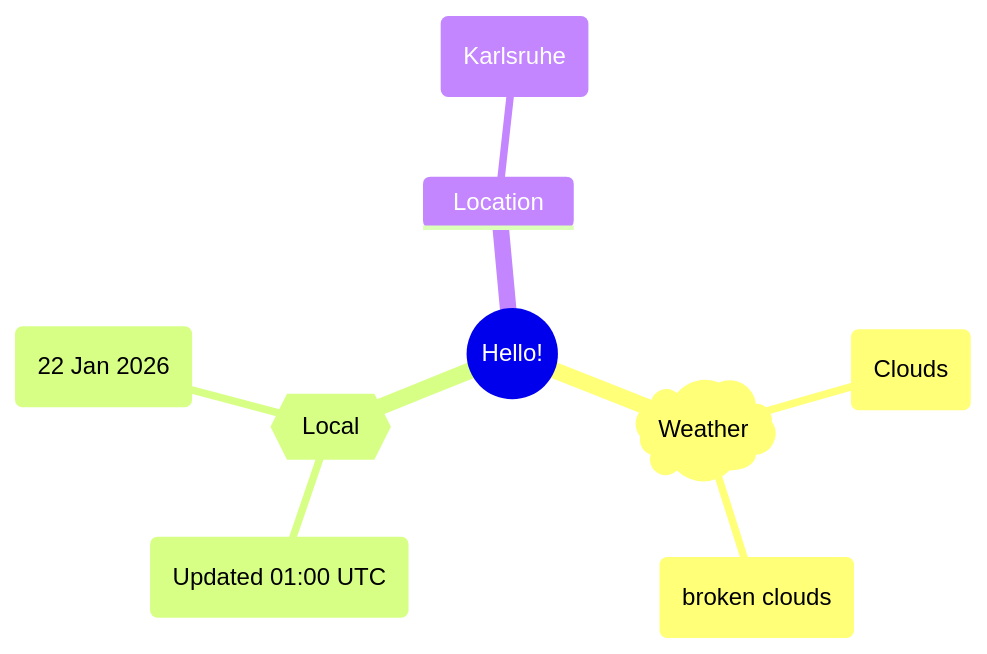
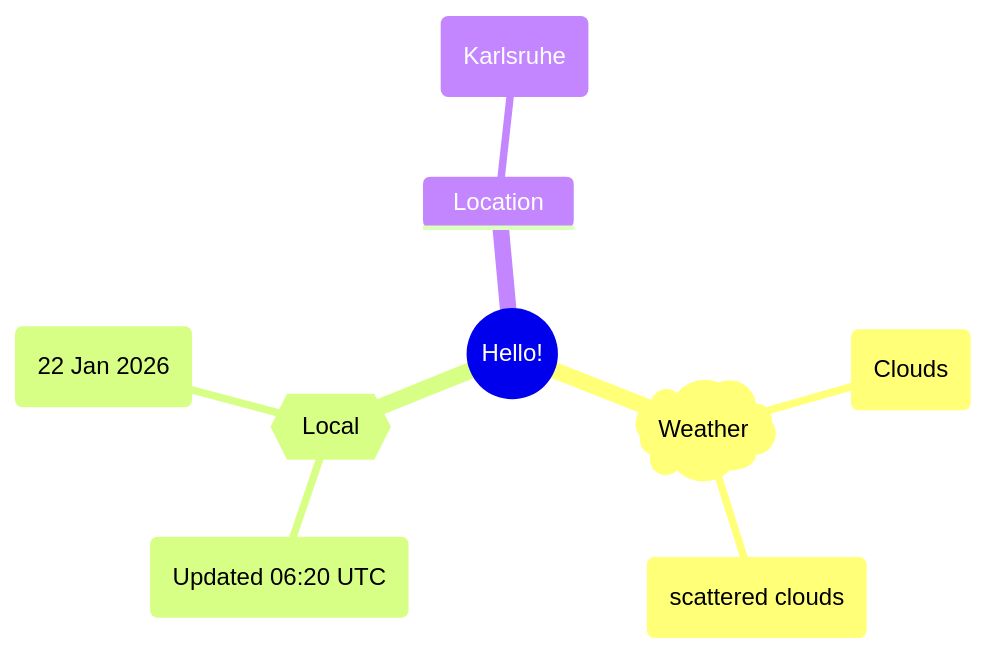
Before and after one commit to Xosrov/Xosrov: the first of 2 diagrams in README.md, drawn with Mermaid.

Commit message:
[bot] updated images

````diff
--- a/README.md
+++ b/README.md
@@ -3,12 +3,12 @@
 ```mermaid
 mindmap
   root((Hello!))
     )Weather(
         (Clouds)
-        (broken clouds)
+        (scattered clouds)
     {{Local}}
-        (Updated 01:00 UTC)
+        (Updated 06:20 UTC)
         (22 Jan 2026)
     Location
         (Karlsruhe)
 ```
````
